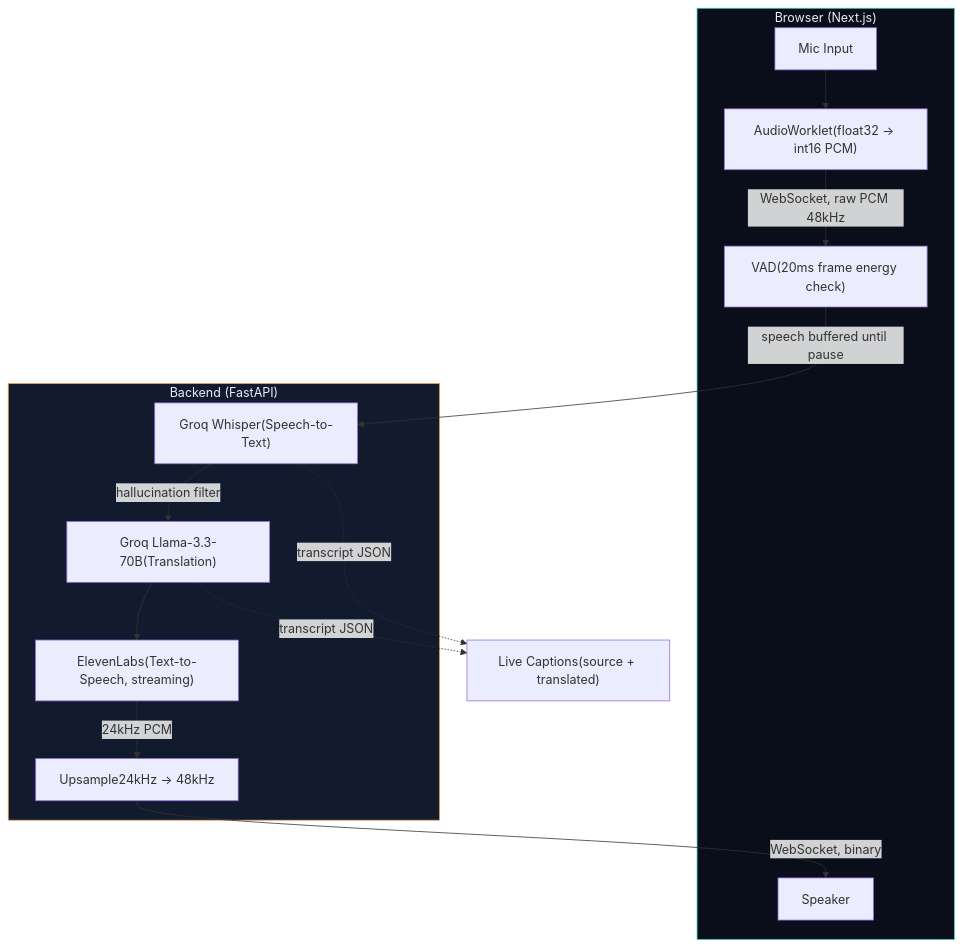
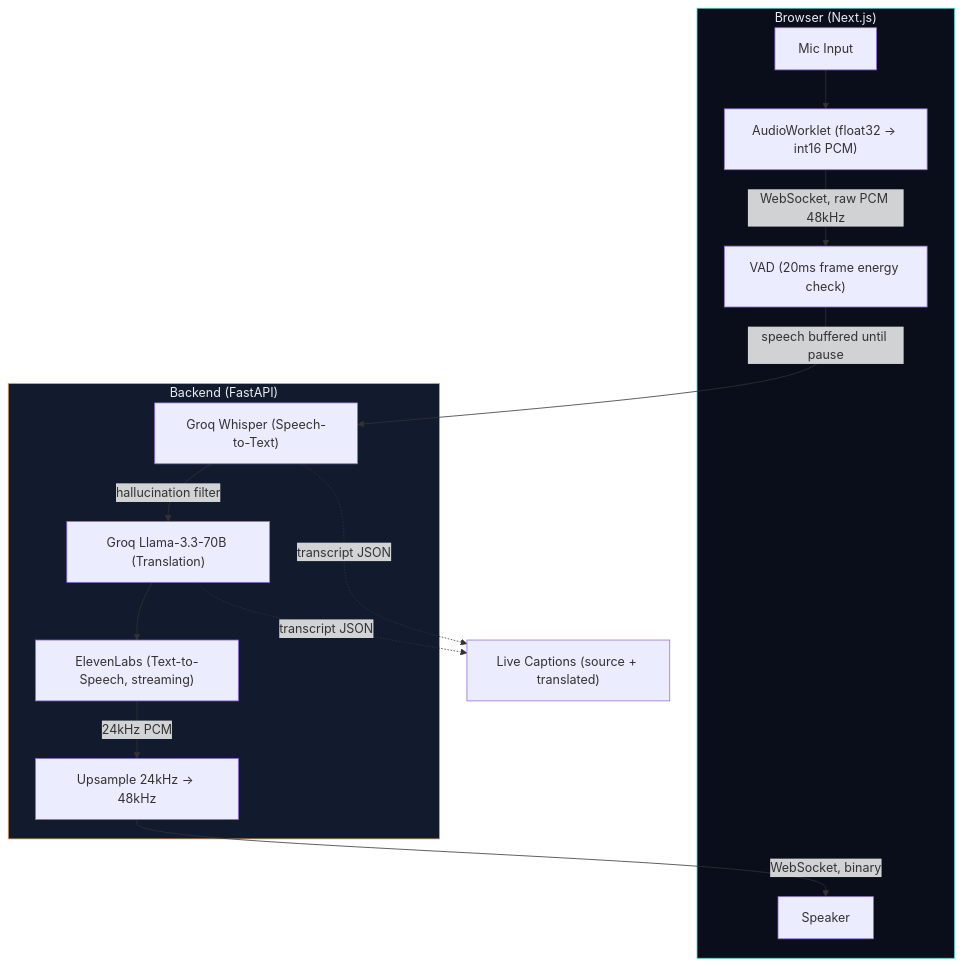
The diagram in README.md (Akgithub2028/Real-Time-AI-Voice-Translator), drawn with Mermaid before and after one commit. The commit also changed other lines of this file, not shown here.

````diff
--- a/README.md
+++ b/README.md
@@ -22,22 +56,22 @@
 ```mermaid
 flowchart TD
     subgraph Browser["Browser (Next.js)"]
-        A[Mic Input] --> B["AudioWorklet(float32 → int16 PCM)"]
+        A[Mic Input] --> B["AudioWorklet (float32 → int16 PCM)"]
         B -->|WebSocket, raw PCM 48kHz| C
-        H[Speaker] 
+        H[Speaker]
     end
 
     subgraph Backend["Backend (FastAPI)"]
-        C["VAD(20ms frame energy check)"] -->|speech buffered until pause| D["Groq Whisper(Speech-to-Text)"]
-        D -->|hallucination filter| E["Groq Llama-3.3-70B(Translation)"]
-        E --> F["ElevenLabs(Text-to-Speech, streaming)"]
-        F -->|24kHz PCM| G["Upsample24kHz → 48kHz"]
+        C["VAD (20ms frame energy check)"] -->|speech buffered until pause| D["Groq Whisper (Speech-to-Text)"]
+        D -->|hallucination filter| E["Groq Llama-3.3-70B (Translation)"]
+        E --> F["ElevenLabs (Text-to-Speech, streaming)"]
+        F -->|24kHz PCM| G["Upsample 24kHz → 48kHz"]
     end
 
     G -->|WebSocket, binary| H
-    D -.->|transcript JSON| I["Live Captions(source + translated)"]
+    D -.->|transcript JSON| I["Live Captions (source + translated)"]
     E -.->|transcript JSON| I
 
     style Browser fill:#0a0e1a,stroke:#4fd1c5,color:#e8ecf4
     style Backend fill:#121a2e,stroke:#f2a65a,color:#e8ecf4
 ```
````
